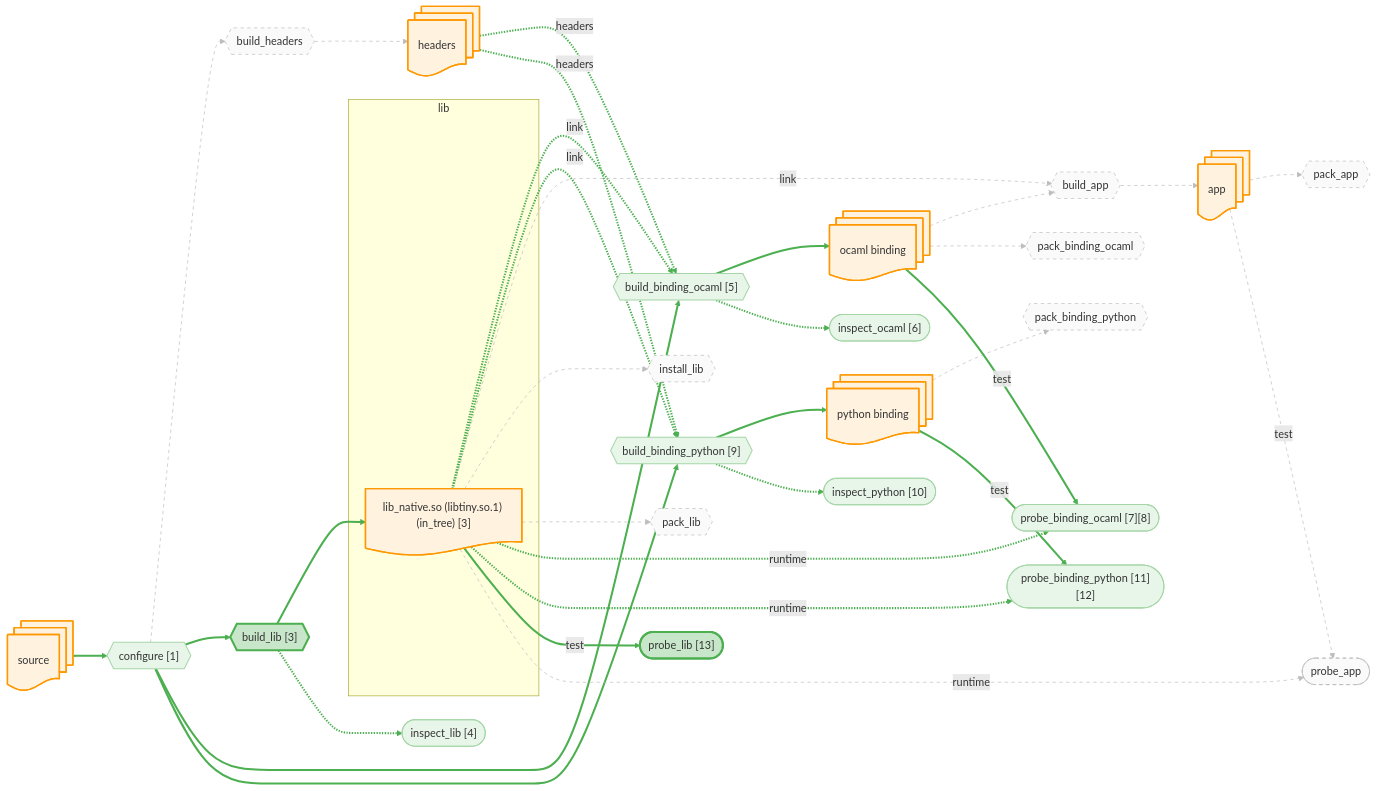
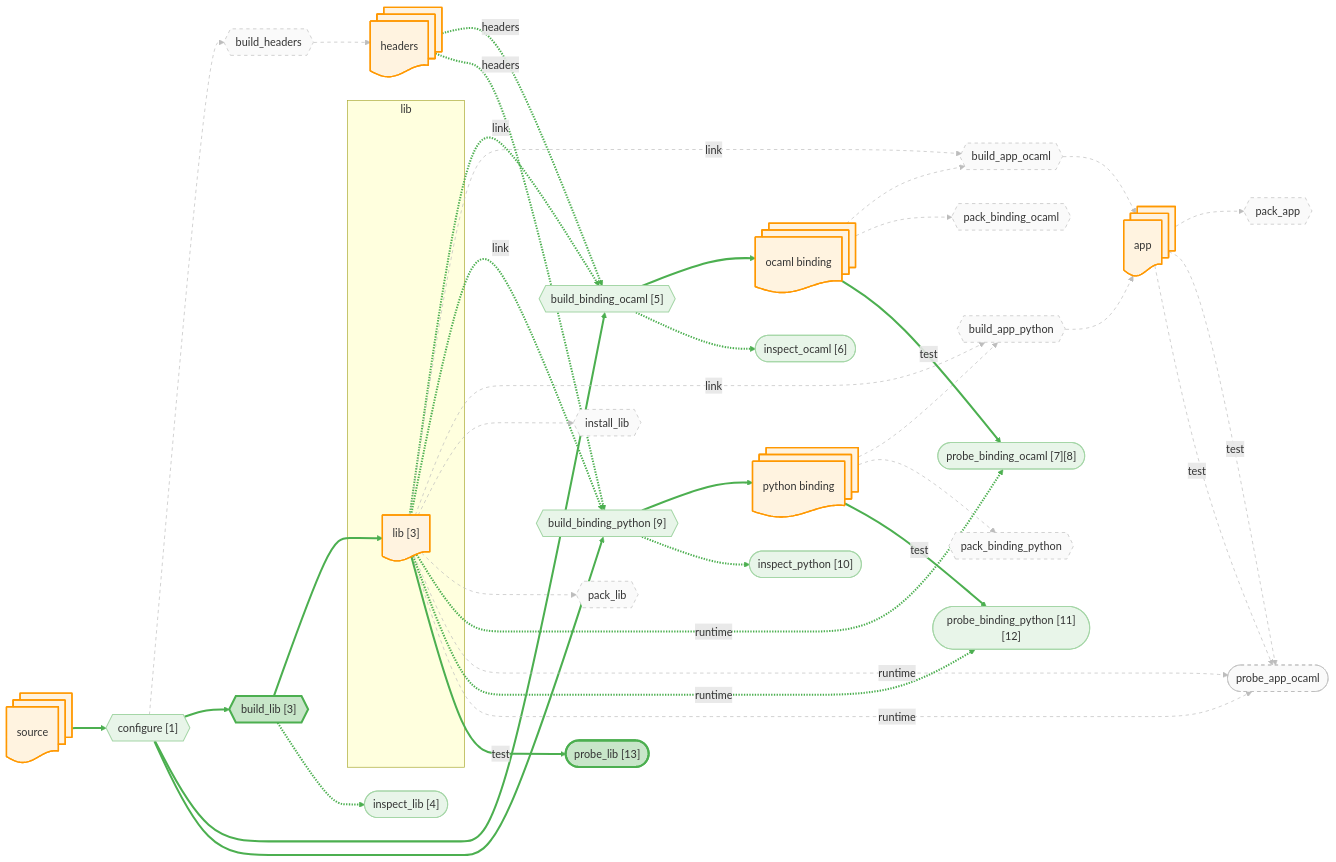
Before and after one commit to JHU-PL-Lab/tola: the diagram in docs/canary/projects/tiny/-run/diagrams/lib.mmd, drawn with Mermaid. The commit also changed 888 other files, not shown here.

```diff
--- a/docs/canary/projects/tiny/-run/diagrams/lib.mmd
+++ b/docs/canary/projects/tiny/-run/diagrams/lib.mmd
@@ -1,120 +1,134 @@
 %% view: lib
 graph LR
     source_node@{ shape: docs, label: "source" }
     headers_node@{ shape: docs, label: "headers" }
     subgraph lib_sg ["lib"]
-      lib_build_tree_node@{ shape: doc, label: "lib_native.so (libtiny.so.1) (in_tree) [3]" }
+      lib_build_tree_node@{ shape: doc, label: "lib [3]" }
     end
     app_node@{ shape: docs, label: "app" }
     ocaml_binding_node@{ shape: docs, label: "ocaml binding" }
     python_binding_node@{ shape: docs, label: "python binding" }
 
     A_configure{{"configure [1]"}}
     A_build_headers{{"build_headers"}}
     A_build_lib{{"build_lib [3]"}}
     A_build_binding_ocaml{{"build_binding_ocaml [5]"}}
+    A_build_app_ocaml{{"build_app_ocaml"}}
     A_build_binding_python{{"build_binding_python [9]"}}
-    A_build_app{{"build_app"}}
+    A_build_app_python{{"build_app_python"}}
     A_install_lib{{"install_lib"}}
     A_pack_binding_ocaml{{"pack_binding_ocaml"}}
     A_pack_binding_python{{"pack_binding_python"}}
     A_pack_lib{{"pack_lib"}}
     A_pack_app{{"pack_app"}}
     A_probe_binding_ocaml(["probe_binding_ocaml [7][8]"])
+    A_probe_app_ocaml(["probe_app_ocaml"])
     A_probe_binding_python(["probe_binding_python [11][12]"])
+    A_probe_app_ocaml(["probe_app_ocaml"])
     A_probe_lib(["probe_lib [13]"])
-    A_probe_app(["probe_app"])
     A_build_lib_inspect(["inspect_lib [4]"])
     A_build_binding_ocaml_inspect(["inspect_ocaml [6]"])
     A_build_binding_python_inspect(["inspect_python [10]"])
 
     source_node --> A_configure
     A_configure --> A_build_headers
     A_build_headers --> headers_node
     A_configure --> A_build_lib
     A_build_lib --> lib_build_tree_node
     A_configure --> A_build_binding_ocaml
     headers_node -.->|headers| A_build_binding_ocaml
     lib_build_tree_node -.->|link| A_build_binding_ocaml
     A_build_binding_ocaml --> ocaml_binding_node
+    ocaml_binding_node --> A_build_app_ocaml
+    lib_build_tree_node -.->|link| A_build_app_ocaml
+    A_build_app_ocaml --> app_node
     A_configure --> A_build_binding_python
     headers_node -.->|headers| A_build_binding_python
     lib_build_tree_node -.->|link| A_build_binding_python
     A_build_binding_python --> python_binding_node
-    ocaml_binding_node --> A_build_app
-    lib_build_tree_node -.->|link| A_build_app
-    A_build_app --> app_node
+    python_binding_node --> A_build_app_python
+    lib_build_tree_node -.->|link| A_build_app_python
+    A_build_app_python --> app_node
     lib_build_tree_node --> A_install_lib
     ocaml_binding_node --> A_pack_binding_ocaml
     python_binding_node --> A_pack_binding_python
     lib_build_tree_node --> A_pack_lib
     app_node --> A_pack_app
     ocaml_binding_node -->|test| A_probe_binding_ocaml
     lib_build_tree_node -.->|runtime| A_probe_binding_ocaml
+    app_node -->|test| A_probe_app_ocaml
+    lib_build_tree_node -.->|runtime| A_probe_app_ocaml
     python_binding_node -->|test| A_probe_binding_python
     lib_build_tree_node -.->|runtime| A_probe_binding_python
+    app_node -->|test| A_probe_app_ocaml
+    lib_build_tree_node -.->|runtime| A_probe_app_ocaml
     lib_build_tree_node -->|test| A_probe_lib
-    app_node -->|test| A_probe_app
-    lib_build_tree_node -.->|runtime| A_probe_app
     A_build_lib -.-> A_build_lib_inspect
     A_build_binding_ocaml -.-> A_build_binding_ocaml_inspect
     A_build_binding_python -.-> A_build_binding_python_inspect
 
     classDef artifact fill:#fff3e0,stroke:#ff9800,stroke-width:2px
     classDef action fill:#f3e5f5,stroke:#9c27b0,stroke-width:2px
     classDef st_done fill:#c8e6c9,stroke:#4caf50,stroke-width:3px
     classDef st_done_ctx fill:#e8f5e9,stroke:#a5d6a7,stroke-width:1.5px
     classDef st_expected_fail fill:#fff9c4,stroke:#f9a825,stroke-width:2px
     classDef st_failed fill:#ffcdd2,stroke:#c62828,stroke-width:2px
     classDef st_skipped fill:#f5f5f5,stroke:#9e9e9e,stroke-dasharray:5
     classDef st_nospec fill:#fafafa,stroke:#bdbdbd,stroke-dasharray:5
     class source_node,headers_node,lib_build_tree_node,app_node,ocaml_binding_node,python_binding_node artifact
     class A_configure st_done_ctx
     class A_build_headers st_nospec
     class A_build_lib st_done
     class A_build_binding_ocaml st_done_ctx
+    class A_build_app_ocaml st_nospec
     class A_build_binding_python st_done_ctx
-    class A_build_app st_nospec
+    class A_build_app_python st_nospec
     class A_install_lib st_nospec
     class A_pack_binding_ocaml st_nospec
     class A_pack_binding_python st_nospec
     class A_pack_lib st_nospec
     class A_pack_app st_nospec
     class A_probe_binding_ocaml st_done_ctx
+    class A_probe_app_ocaml st_nospec
     class A_probe_binding_python st_done_ctx
+    class A_probe_app_ocaml st_nospec
     class A_probe_lib st_done
-    class A_probe_app st_nospec
     class A_build_lib_inspect st_done_ctx
     class A_build_binding_ocaml_inspect st_done_ctx
     class A_build_binding_python_inspect st_done_ctx
     linkStyle 0 stroke:#4caf50,stroke-width:3px
     linkStyle 1 stroke:#bdbdbd,stroke-width:1px,stroke-dasharray:5
     linkStyle 2 stroke:#bdbdbd,stroke-width:1px,stroke-dasharray:5
     linkStyle 3 stroke:#4caf50,stroke-width:3px
     linkStyle 4 stroke:#4caf50,stroke-width:3px
     linkStyle 5 stroke:#4caf50,stroke-width:3px
     linkStyle 6 stroke:#4caf50,stroke-width:3px
     linkStyle 7 stroke:#4caf50,stroke-width:3px
     linkStyle 8 stroke:#4caf50,stroke-width:3px
-    linkStyle 9 stroke:#4caf50,stroke-width:3px
-    linkStyle 10 stroke:#4caf50,stroke-width:3px
-    linkStyle 11 stroke:#4caf50,stroke-width:3px
+    linkStyle 9 stroke:#bdbdbd,stroke-width:1px,stroke-dasharray:5
+    linkStyle 10 stroke:#bdbdbd,stroke-width:1px,stroke-dasharray:5
+    linkStyle 11 stroke:#bdbdbd,stroke-width:1px,stroke-dasharray:5
     linkStyle 12 stroke:#4caf50,stroke-width:3px
-    linkStyle 13 stroke:#bdbdbd,stroke-width:1px,stroke-dasharray:5
-    linkStyle 14 stroke:#bdbdbd,stroke-width:1px,stroke-dasharray:5
-    linkStyle 15 stroke:#bdbdbd,stroke-width:1px,stroke-dasharray:5
+    linkStyle 13 stroke:#4caf50,stroke-width:3px
+    linkStyle 14 stroke:#4caf50,stroke-width:3px
+    linkStyle 15 stroke:#4caf50,stroke-width:3px
     linkStyle 16 stroke:#bdbdbd,stroke-width:1px,stroke-dasharray:5
     linkStyle 17 stroke:#bdbdbd,stroke-width:1px,stroke-dasharray:5
     linkStyle 18 stroke:#bdbdbd,stroke-width:1px,stroke-dasharray:5
     linkStyle 19 stroke:#bdbdbd,stroke-width:1px,stroke-dasharray:5
     linkStyle 20 stroke:#bdbdbd,stroke-width:1px,stroke-dasharray:5
-    linkStyle 21 stroke:#4caf50,stroke-width:3px
-    linkStyle 22 stroke:#4caf50,stroke-width:3px
-    linkStyle 23 stroke:#4caf50,stroke-width:3px
+    linkStyle 21 stroke:#bdbdbd,stroke-width:1px,stroke-dasharray:5
+    linkStyle 22 stroke:#bdbdbd,stroke-width:1px,stroke-dasharray:5
+    linkStyle 23 stroke:#bdbdbd,stroke-width:1px,stroke-dasharray:5
     linkStyle 24 stroke:#4caf50,stroke-width:3px
     linkStyle 25 stroke:#4caf50,stroke-width:3px
     linkStyle 26 stroke:#bdbdbd,stroke-width:1px,stroke-dasharray:5
     linkStyle 27 stroke:#bdbdbd,stroke-width:1px,stroke-dasharray:5
     linkStyle 28 stroke:#4caf50,stroke-width:3px
     linkStyle 29 stroke:#4caf50,stroke-width:3px
-    linkStyle 30 stroke:#4caf50,stroke-width:3px
+    linkStyle 30 stroke:#bdbdbd,stroke-width:1px,stroke-dasharray:5
+    linkStyle 31 stroke:#bdbdbd,stroke-width:1px,stroke-dasharray:5
+    linkStyle 32 stroke:#4caf50,stroke-width:3px
+    linkStyle 33 stroke:#4caf50,stroke-width:3px
+    linkStyle 34 stroke:#4caf50,stroke-width:3px
+    linkStyle 35 stroke:#4caf50,stroke-width:3px
```
